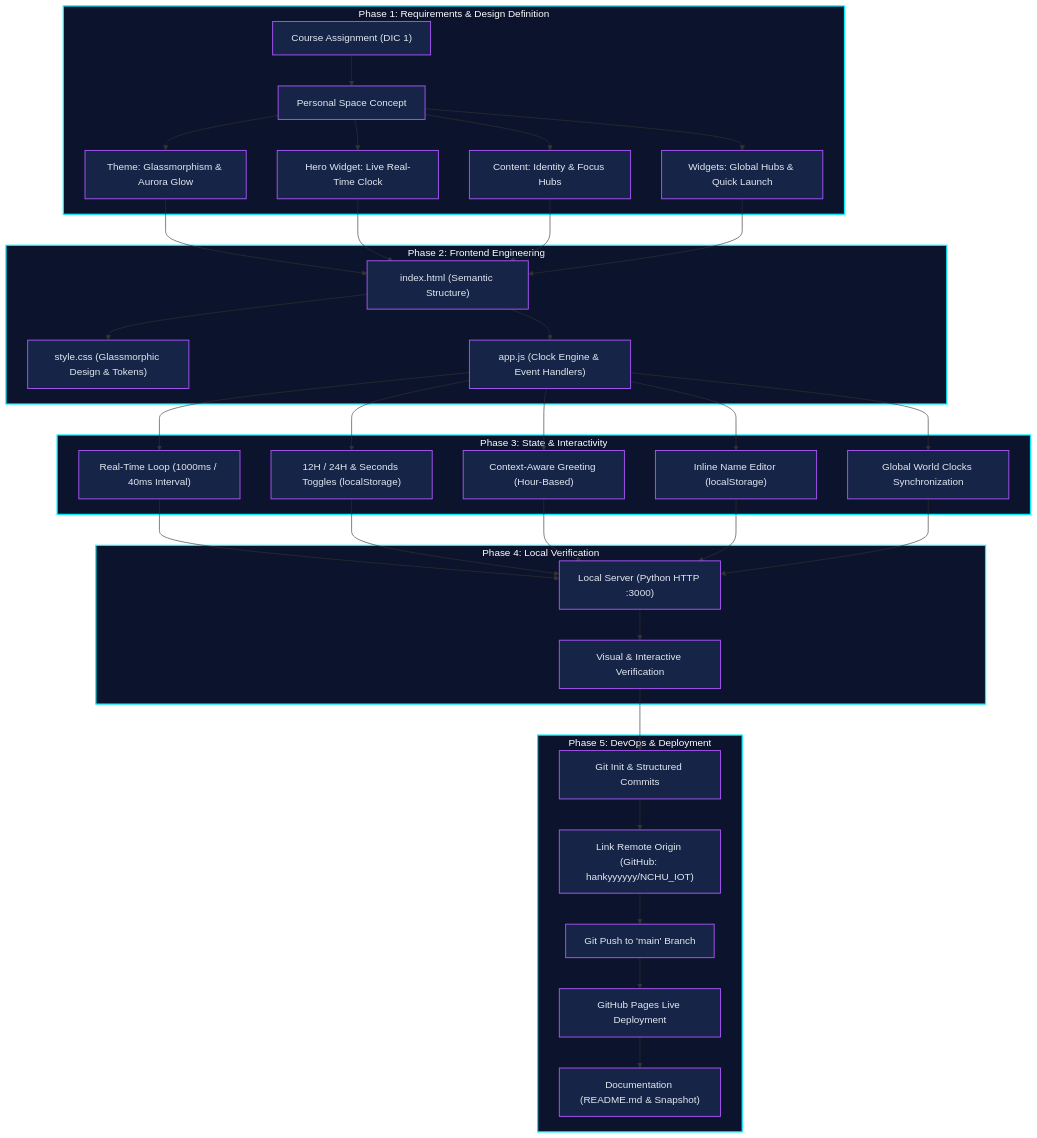
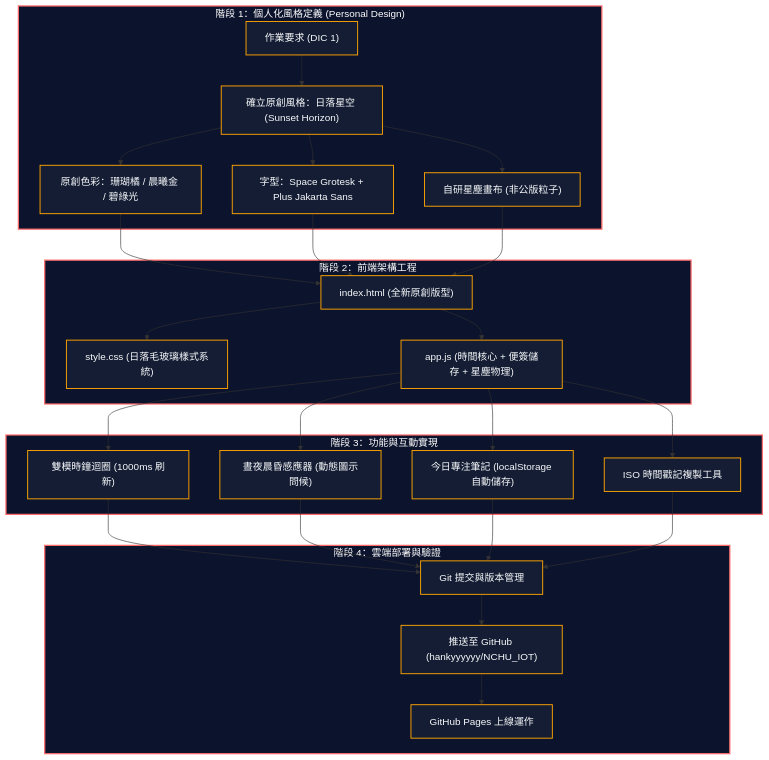
Before and after one commit to hankyyyyyy/NCHU_IOT: the diagram in README.md, drawn with Mermaid. The commit also changed other lines of this file and 3 other files, not shown here.

Commit message:
feat: complete original personal redesign in Sunset Horizon style with custom IoT features

````diff
--- a/README.md
+++ b/README.md
@@ -63,47 +56,33 @@
 ```mermaid
 flowchart TD
-    %% Phase 1
-    subgraph P1["Phase 1: Requirements & Design Definition"]
-        A["Course Assignment (DIC 1)"] --> B["Personal Space Concept"]
-        B --> C1["Theme: Glassmorphism & Aurora Glow"]
-        B --> C2["Hero Widget: Live Real-Time Clock"]
-        B --> C3["Content: Identity & Focus Hubs"]
-        B --> C4["Widgets: Global Hubs & Quick Launch"]
+    subgraph P1["階段 1：個人化風格定義 (Personal Design)"]
+        A["作業要求 (DIC 1)"] --> B["確立原創風格：日落星空 (Sunset Horizon)"]
+        B --> C1["原創色彩：珊瑚橘 / 晨曦金 / 碧綠光"]
+        B --> C2["字型：Space Grotesk + Plus Jakarta Sans"]
+        B --> C3["自研星塵畫布 (非公版粒子)"]
     end
 
-    %% Phase 2
-    subgraph P2["Phase 2: Frontend Engineering"]
-        C1 & C2 & C3 & C4 --> D["index.html (Semantic Structure)"]
-        D --> E["style.css (Glassmorphic Design & Tokens)"]
-        D --> F["app.js (Clock Engine & Event Handlers)"]
+    subgraph P2["階段 2：前端架構工程"]
+        C1 & C2 & C3 --> D["index.html (全新原創版型)"]
+        D --> E["style.css (日落毛玻璃樣式系統)"]
+        D --> F["app.js (時間核心 + 便簽儲存 + 星塵物理)"]
     end
 
-    %% Phase 3
-    subgraph P3["Phase 3: State & Interactivity"]
-        F --> G1["Real-Time Loop (1000ms / 40ms Interval)"]
-        F --> G2["12H / 24H & Seconds Toggles (localStorage)"]
-        F --> G3["Context-Aware Greeting (Hour-Based)"]
-        F --> G4["Inline Name Editor (localStorage)"]
-        F --> G5["Global World Clocks Synchronization"]
+    subgraph P3["階段 3：功能與互動實現"]
+        F --> G1["雙模時鐘迴圈 (1000ms 刷新)"]
+        F --> G2["晝夜晨昏感應器 (動態圖示問候)"]
+        F --> G3["今日專注筆記 (localStorage 自動儲存)"]
+        F --> G4["ISO 時間戳記複製工具"]
     end
 
-    %% Phase 4
-    subgraph P4["Phase 4: Local Verification"]
-        G1 & G2 & G3 & G4 & G5 --> H["Local Server (Python HTTP :3000)"]
-        H --> I["Visual & Interactive Verification"]
+    subgraph P4["階段 4：雲端部署與驗證"]
+        G1 & G2 & G3 & G4 --> H["Git 提交與版本管理"]
+        H --> I["推送至 GitHub (hankyyyyyy/NCHU_IOT)"]
+        I --> J["GitHub Pages 上線運作"]
     end
 
-    %% Phase 5
-    subgraph P5["Phase 5: DevOps & Deployment"]
-        I --> J["Git Init & Structured Commits"]
-        J --> K["Link Remote Origin (GitHub: hankyyyyyy/NCHU_IOT)"]
-        K --> L["Git Push to 'main' Branch"]
-        L --> M["GitHub Pages Live Deployment"]
-        M --> N["Documentation (README.md & Snapshot)"]
-    end
-
-    classDef phase fill:#0c132c,stroke:#00f0ff,stroke-width:2px,color:#fff;
-    classDef step fill:#162447,stroke:#a855f7,stroke-width:1.5px,color:#e2e8f0;
-    class P1,P2,P3,P4,P5 phase;
-    class A,B,C1,C2,C3,C4,D,E,F,G1,G2,G3,G4,G5,H,I,J,K,L,M,N step;
+    classDef phase fill:#0c132c,stroke:#ff6b6b,stroke-width:2px,color:#fff;
+    classDef step fill:#141d33,stroke:#ffa502,stroke-width:1.5px,color:#f8fafc;
+    class P1,P2,P3,P4 phase;
+    class A,B,C1,C2,C3,D,E,F,G1,G2,G3,G4,H,I,J step;
 ```
````
